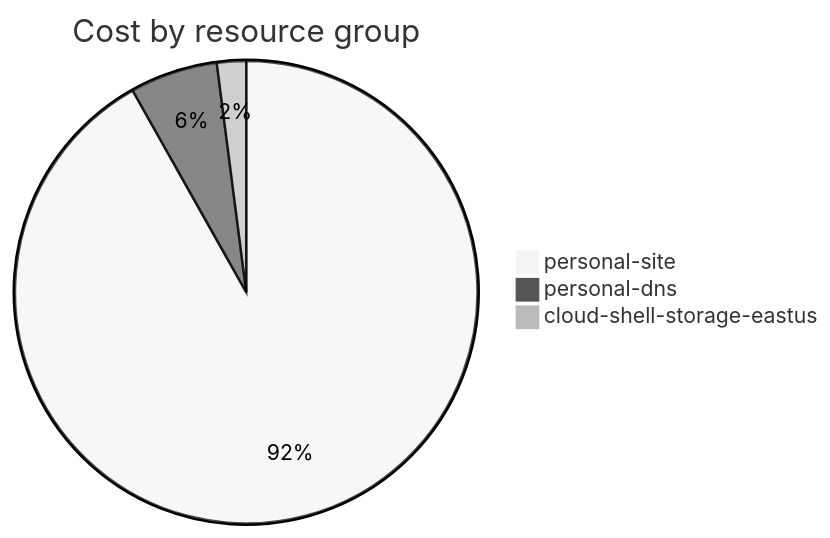
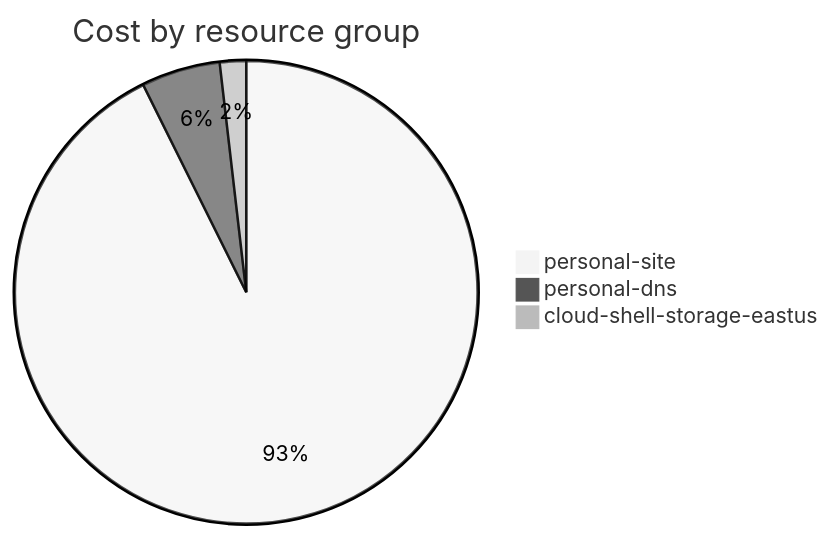
Before and after one commit to jpfulton/azure-personal-reports: the fourth of 4 diagrams in cost-reports/accumulated-cost.md, drawn with Mermaid (neutral theme). The commit also changed other lines of this file and 4 other files, not shown here.

````diff
--- a/cost-reports/accumulated-cost.md
+++ b/cost-reports/accumulated-cost.md
@@ -141,7 +141,7 @@
 ```mermaid
 pie
    title Cost by resource group
-   "personal-site" : 0.45
-   "personal-dns" : 0.03
-   "cloud-shell-storage-eastus" : 0.01
+   "personal-site" : 1.01
+   "personal-dns" : 0.06
+   "cloud-shell-storage-eastus" : 0.02
 ```
````
